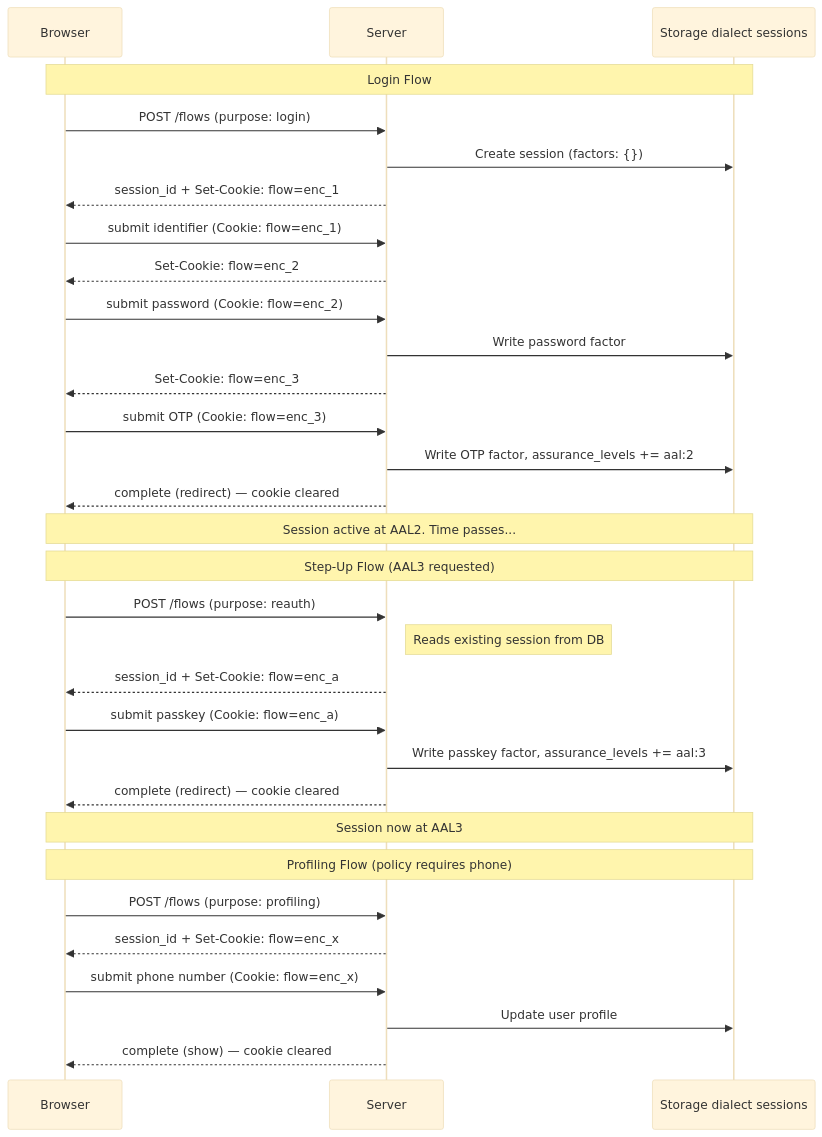
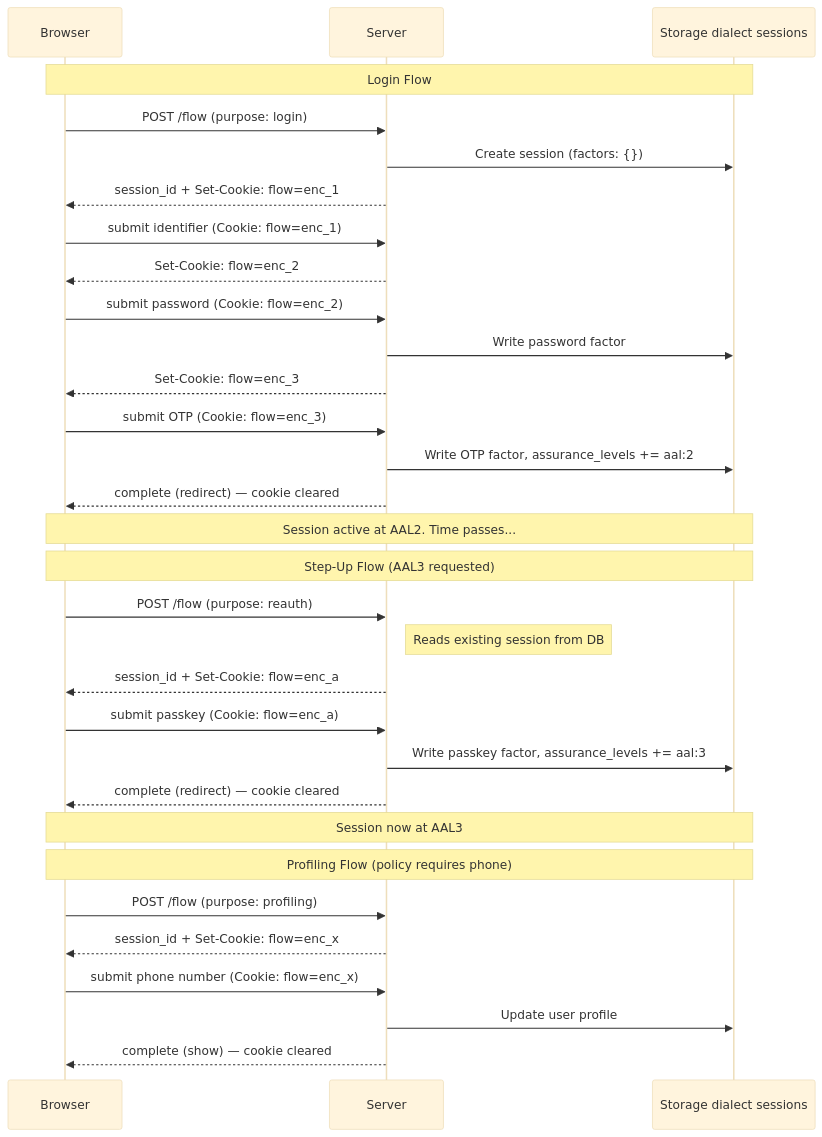
The diagram in docs/design/flowengine/flow-engine-storage.md (zitadel/nextgen), drawn with Mermaid (base theme) before and after one commit. The commit also changed other lines of this file and 10 other files, not shown here.

Commit message:
docs: fix flow handles, wire shapes, list-envelope exceptions, and stale anchors from review

````diff
--- a/docs/design/flowengine/flow-engine-storage.md
+++ b/docs/design/flowengine/flow-engine-storage.md
@@ -15,38 +15,38 @@
 ```mermaid
 sequenceDiagram
     participant Browser
     participant Server
     participant DB as Storage dialect sessions
 
     Note over Browser,DB: Login Flow
-    Browser->>Server: POST /flows (purpose: login)
+    Browser->>Server: POST /flow (purpose: login)
     Server->>DB: Create session (factors: {})
     Server-->>Browser: session_id + Set-Cookie: flow=enc_1
     Browser->>Server: submit identifier (Cookie: flow=enc_1)
     Server-->>Browser: Set-Cookie: flow=enc_2
     Browser->>Server: submit password (Cookie: flow=enc_2)
     Server->>DB: Write password factor
     Server-->>Browser: Set-Cookie: flow=enc_3
     Browser->>Server: submit OTP (Cookie: flow=enc_3)
     Server->>DB: Write OTP factor, assurance_levels += aal:2
     Server-->>Browser: complete (redirect) — cookie cleared
 
     Note over Browser,DB: Session active at AAL2. Time passes...
 
     Note over Browser,DB: Step-Up Flow (AAL3 requested)
-    Browser->>Server: POST /flows (purpose: reauth)
+    Browser->>Server: POST /flow (purpose: reauth)
     Note right of Server: Reads existing session from DB
     Server-->>Browser: session_id + Set-Cookie: flow=enc_a
     Browser->>Server: submit passkey (Cookie: flow=enc_a)
     Server->>DB: Write passkey factor, assurance_levels += aal:3
     Server-->>Browser: complete (redirect) — cookie cleared
 
     Note over Browser,DB: Session now at AAL3
 
     Note over Browser,DB: Profiling Flow (policy requires phone)
-    Browser->>Server: POST /flows (purpose: profiling)
+    Browser->>Server: POST /flow (purpose: profiling)
     Server-->>Browser: session_id + Set-Cookie: flow=enc_x
     Browser->>Server: submit phone number (Cookie: flow=enc_x)
     Server->>DB: Update user profile
     Server-->>Browser: complete (show) — cookie cleared
 ```
````
